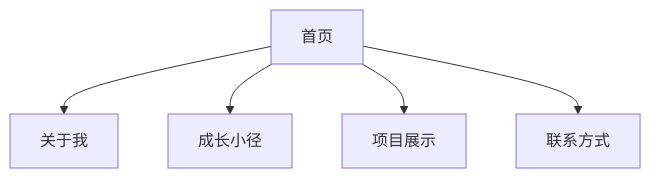
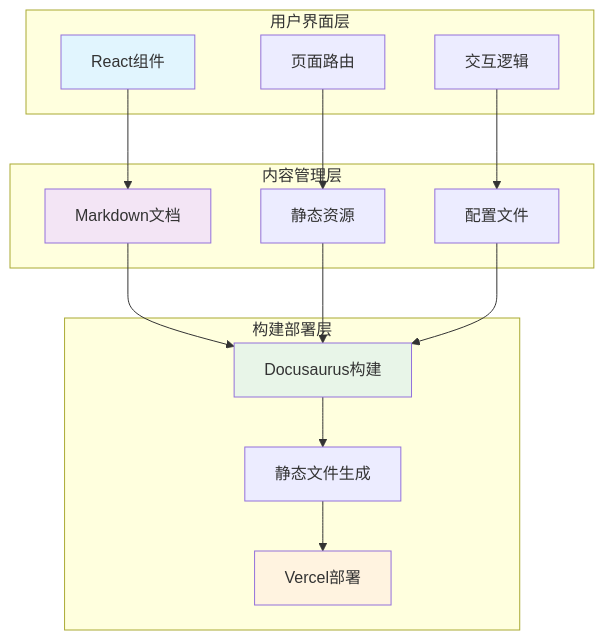
One commit to ChanMeng666/ai-programming-teaching-project changed the fourth of 6 diagrams in versioned_docs/version-2024-winter/advanced/cases/sasa-project.mdx. Above: the diagram before and after it, drawn with Mermaid. The commit also changed other lines of this file and 5 other files, not shown here.

````diff
--- a/versioned_docs/version-2024-winter/advanced/cases/sasa-project.mdx
+++ b/versioned_docs/version-2024-winter/advanced/cases/sasa-project.mdx
@@ -73,7 +238,34 @@
 ```mermaid
-graph TD
-    A[首页] --> B[关于我]
-    A --> C[成长小径]
-    A --> D[项目展示]
-    A --> E[联系方式]
+graph TB
+    subgraph "用户界面层"
+        A[React组件]
+        B[页面路由]
+        C[交互逻辑]
+    end
+    
+    subgraph "内容管理层"
+        D[Markdown文档]
+        E[静态资源]
+        F[配置文件]
+    end
+    
+    subgraph "构建部署层"
+        G[Docusaurus构建]
+        H[静态文件生成]
+        I[Vercel部署]
+    end
+    
+    A --> D
+    B --> E
+    C --> F
+    D --> G
+    E --> G
+    F --> G
+    G --> H
+    H --> I
+    
+    style A fill:#e1f5fe
+    style D fill:#f3e5f5
+    style G fill:#e8f5e8
+    style I fill:#fff3e0
 ```
````
